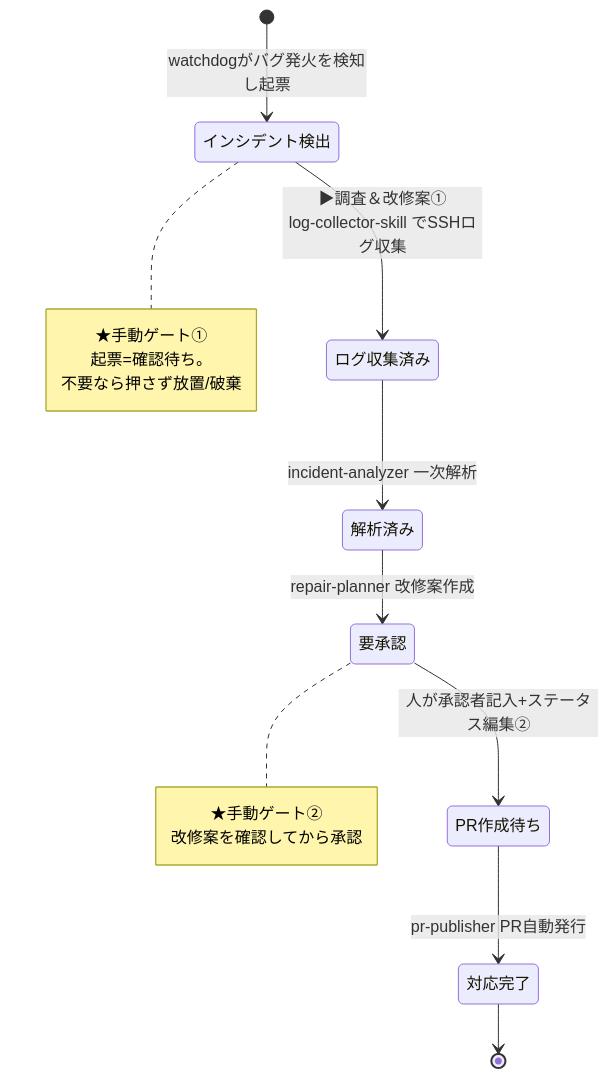
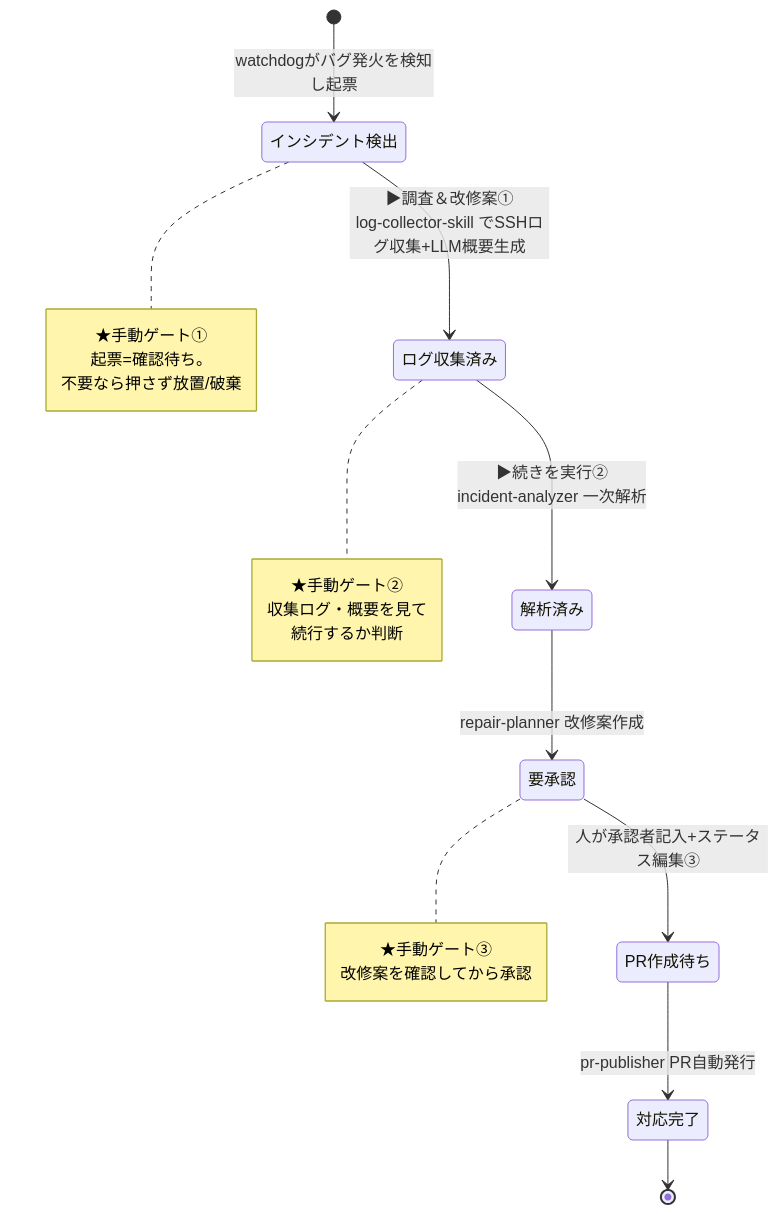
One commit to shiftrepo/ai_workshop changed the second of 4 diagrams in projects/log_collector/auto-repair-demo/ARCHITECTURE.md. Above: the diagram before and after it, drawn with Mermaid. The commit also changed other lines of this file and 4 other files, not shown here.

````diff
--- a/projects/log_collector/auto-repair-demo/ARCHITECTURE.md
+++ b/projects/log_collector/auto-repair-demo/ARCHITECTURE.md
@@ -75,20 +75,25 @@
 ```mermaid
 stateDiagram-v2
     [*] --> インシデント検出: watchdogがバグ発火を検知し起票
-    インシデント検出 --> ログ収集済み: ▶調査＆改修案①<br/>log-collector-skill でSSHログ収集
-    ログ収集済み --> 解析済み: incident-analyzer 一次解析
+    インシデント検出 --> ログ収集済み: ▶調査＆改修案①<br/>log-collector-skill でSSHログ収集+LLM概要生成
+    ログ収集済み --> 解析済み: ▶続きを実行②<br/>incident-analyzer 一次解析
     解析済み --> 要承認: repair-planner 改修案作成
-    要承認 --> PR作成待ち: 人が承認者記入+ステータス編集②
+    要承認 --> PR作成待ち: 人が承認者記入+ステータス編集③
     PR作成待ち --> 対応完了: pr-publisher PR自動発行
     対応完了 --> [*]
 
     note right of インシデント検出
         ★手動ゲート①
         起票=確認待ち。
         不要なら押さず放置/破棄
     end note
+    note right of ログ収集済み
+        ★手動ゲート②
+        収集ログ・概要を見て
+        続行するか判断
+    end note
     note right of 要承認
-        ★手動ゲート②
+        ★手動ゲート③
         改修案を確認してから承認
     end note
 ```
````
